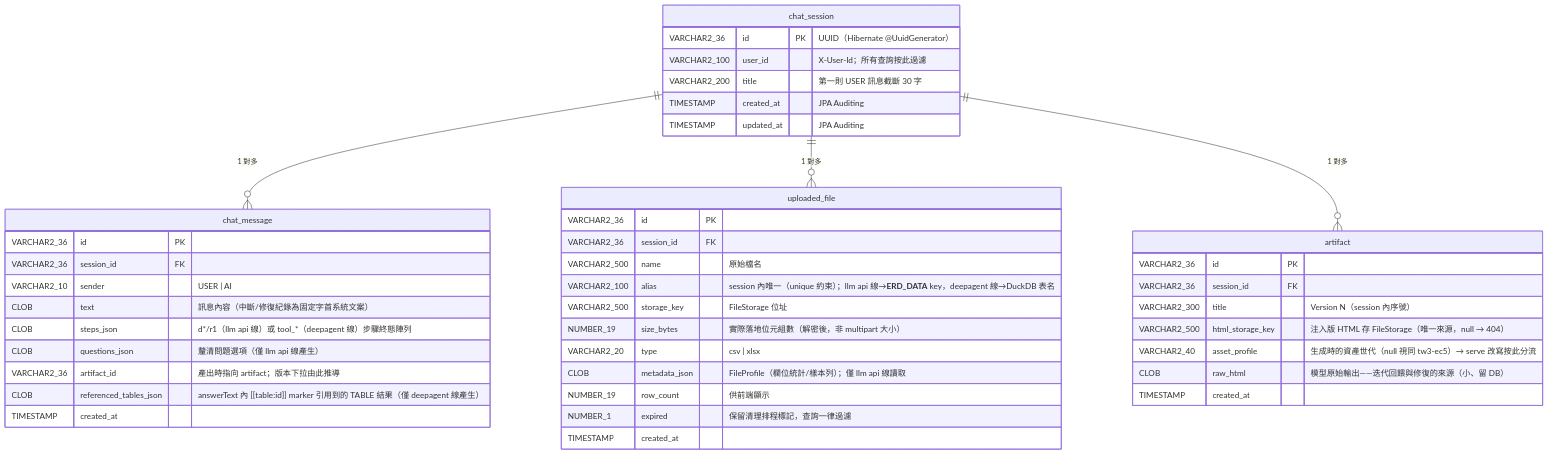
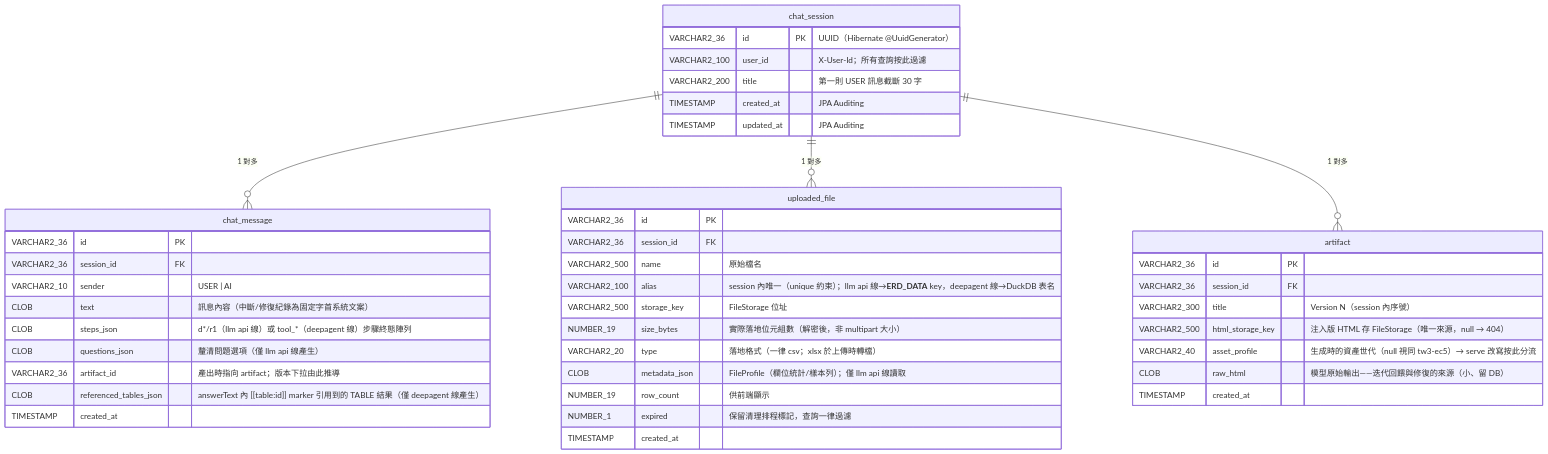
Before and after one commit to Michelle12369/cowork: the fourth of 4 diagrams in docs/architecture.md, drawn with Mermaid. The commit also changed other lines of this file, not shown here.

Commit message:
docs: document xlsx-to-CSV upload normalization

````diff
--- a/docs/architecture.md
+++ b/docs/architecture.md
@@ -415,47 +431,47 @@
 ```mermaid
 erDiagram
     chat_session ||--o{ chat_message : "1 對多"
     chat_session ||--o{ uploaded_file : "1 對多"
     chat_session ||--o{ artifact : "1 對多"
 
     chat_session {
         VARCHAR2_36 id PK "UUID（Hibernate @UuidGenerator）"
         VARCHAR2_100 user_id "X-User-Id；所有查詢按此過濾"
         VARCHAR2_200 title "第一則 USER 訊息截斷 30 字"
         TIMESTAMP created_at "JPA Auditing"
         TIMESTAMP updated_at "JPA Auditing"
     }
     chat_message {
         VARCHAR2_36 id PK
         VARCHAR2_36 session_id FK
         VARCHAR2_10 sender "USER | AI"
         CLOB text "訊息內容（中斷/修復紀錄為固定字首系統文案）"
         CLOB steps_json "d*/r1（llm api 線）或 tool_*（deepagent 線）步驟終態陣列"
         CLOB questions_json "釐清問題選項（僅 llm api 線產生）"
         VARCHAR2_36 artifact_id "產出時指向 artifact；版本下拉由此推導"
         CLOB referenced_tables_json "answerText 內 [[table:id]] marker 引用到的 TABLE 結果（僅 deepagent 線產生）"
         TIMESTAMP created_at
     }
     uploaded_file {
         VARCHAR2_36 id PK
         VARCHAR2_36 session_id FK
         VARCHAR2_500 name "原始檔名"
         VARCHAR2_100 alias "session 內唯一（unique 約束）；llm api 線→__ERD_DATA__ key，deepagent 線→DuckDB 表名"
         VARCHAR2_500 storage_key "FileStorage 位址"
         NUMBER_19 size_bytes "實際落地位元組數（解密後，非 multipart 大小）"
-        VARCHAR2_20 type "csv | xlsx"
+        VARCHAR2_20 type "落地格式（一律 csv；xlsx 於上傳時轉檔）"
         CLOB metadata_json "FileProfile（欄位統計/樣本列）；僅 llm api 線讀取"
         NUMBER_19 row_count "供前端顯示"
         NUMBER_1 expired "保留清理排程標記，查詢一律過濾"
         TIMESTAMP created_at
     }
     artifact {
         VARCHAR2_36 id PK
         VARCHAR2_36 session_id FK
         VARCHAR2_300 title "Version N（session 內序號）"
         VARCHAR2_500 html_storage_key "注入版 HTML 存 FileStorage（唯一來源，null → 404）"
         VARCHAR2_40 asset_profile "生成時的資產世代（null 視同 tw3-ec5）→ serve 改寫按此分流"
         CLOB raw_html "模型原始輸出——迭代回餵與修復的來源（小、留 DB）"
         TIMESTAMP created_at
     }
 ```
````
